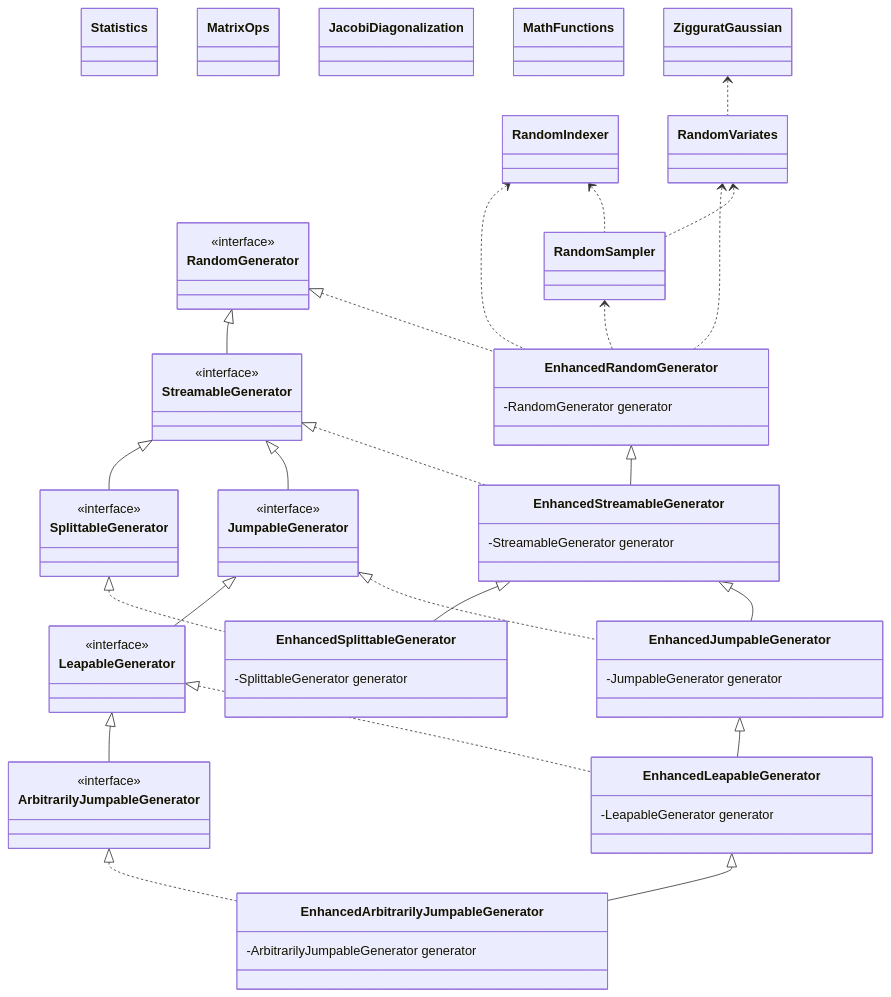
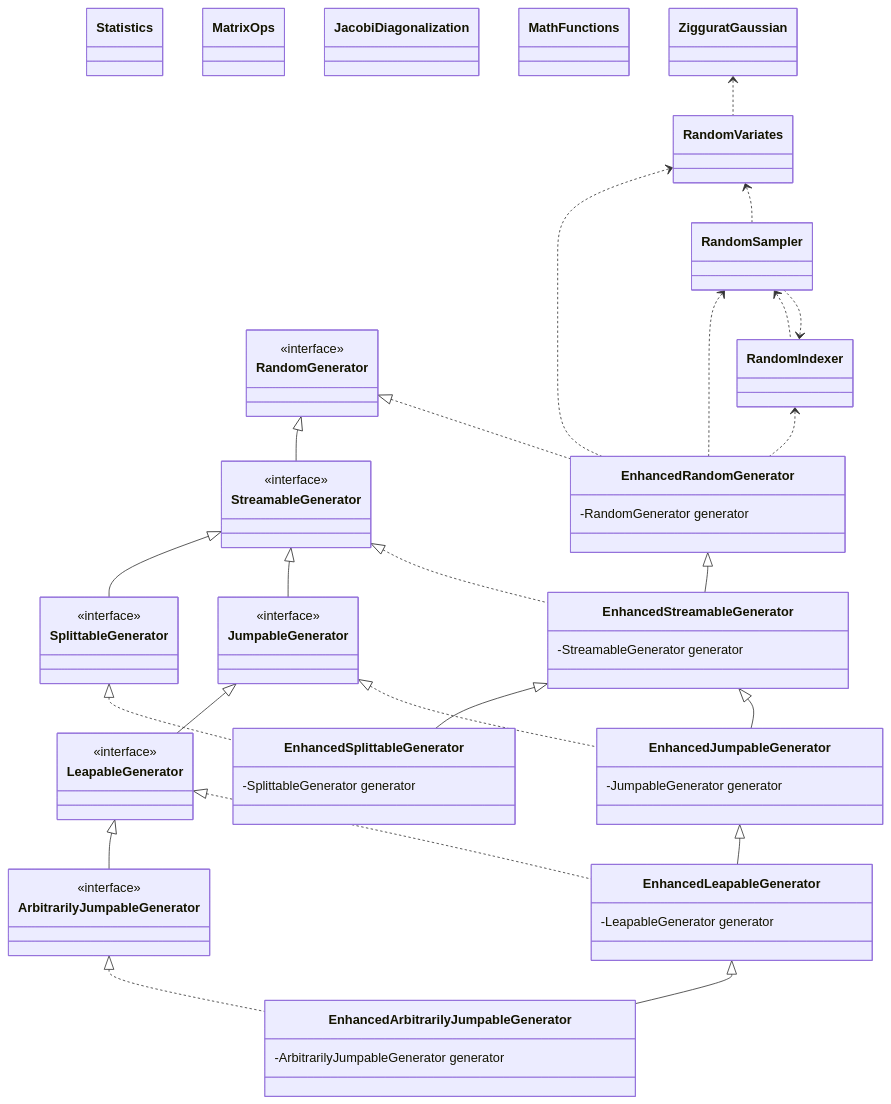
Before and after one commit to cicirello/rho-mu: the diagram in README.md, drawn with Mermaid.

Commit message:
added missing edge to UML diagram

````diff
--- a/README.md
+++ b/README.md
@@ -89,77 +89,78 @@
 ```mermaid
 classDiagram
   class Statistics
   class MatrixOps
   class JacobiDiagonalization
   class MathFunctions
   class RandomGenerator
   <<interface>> RandomGenerator
   class StreamableGenerator
   <<interface>> StreamableGenerator
   RandomGenerator <|-- StreamableGenerator
   class SplittableGenerator
   <<interface>> SplittableGenerator
   StreamableGenerator <|-- SplittableGenerator
   class JumpableGenerator
   <<interface>> JumpableGenerator
   StreamableGenerator <|-- JumpableGenerator
   class LeapableGenerator
   <<interface>> LeapableGenerator
   JumpableGenerator <|-- LeapableGenerator
   class ArbitrarilyJumpableGenerator
   <<interface>> ArbitrarilyJumpableGenerator
   LeapableGenerator <|-- ArbitrarilyJumpableGenerator
   class EnhancedRandomGenerator
   RandomGenerator <|.. EnhancedRandomGenerator
   class RandomSampler
   RandomSampler <.. EnhancedRandomGenerator
   class RandomIndexer
   RandomIndexer <.. EnhancedRandomGenerator
   RandomIndexer <.. RandomSampler
+  RandomSampler <.. RandomIndexer
   class RandomVariates
   RandomVariates <.. EnhancedRandomGenerator
   RandomVariates <.. RandomSampler
   EnhancedRandomGenerator : -RandomGenerator generator
   class ZigguratGaussian
   ZigguratGaussian <.. RandomVariates
   class EnhancedStreamableGenerator
   EnhancedRandomGenerator <|-- EnhancedStreamableGenerator
   StreamableGenerator <|.. EnhancedStreamableGenerator
   EnhancedStreamableGenerator : -StreamableGenerator generator
   class EnhancedSplittableGenerator
   EnhancedStreamableGenerator <|-- EnhancedSplittableGenerator
   SplittableGenerator <|.. EnhancedSplittableGenerator
   EnhancedSplittableGenerator : -SplittableGenerator generator
   class EnhancedJumpableGenerator
   EnhancedStreamableGenerator <|-- EnhancedJumpableGenerator
   JumpableGenerator <|.. EnhancedJumpableGenerator
   EnhancedJumpableGenerator : -JumpableGenerator generator
   class EnhancedLeapableGenerator
   EnhancedJumpableGenerator <|-- EnhancedLeapableGenerator
   LeapableGenerator <|.. EnhancedLeapableGenerator
   EnhancedLeapableGenerator : -LeapableGenerator generator
   class EnhancedArbitrarilyJumpableGenerator
   EnhancedLeapableGenerator <|-- EnhancedArbitrarilyJumpableGenerator
   ArbitrarilyJumpableGenerator <|.. EnhancedArbitrarilyJumpableGenerator
   EnhancedArbitrarilyJumpableGenerator : -ArbitrarilyJumpableGenerator generator
   link RandomIndexer "https://rho-mu.cicirello.org/api/org.cicirello.rho_mu/org/cicirello/math/rand/RandomIndexer.html"
   link RandomVariates "https://rho-mu.cicirello.org/api/org.cicirello.rho_mu/org/cicirello/math/rand/RandomVariates.html"
   link RandomSampler "https://rho-mu.cicirello.org/api/org.cicirello.rho_mu/org/cicirello/math/rand/RandomSampler.html"
   link EnhancedRandomGenerator "https://rho-mu.cicirello.org/api/org.cicirello.rho_mu/org/cicirello/math/rand/EnhancedRandomGenerator.html"
   link EnhancedStreamableGenerator "https://rho-mu.cicirello.org/api/org.cicirello.rho_mu/org/cicirello/math/rand/EnhancedStreamableGenerator.html"
   link EnhancedSplittableGenerator "https://rho-mu.cicirello.org/api/org.cicirello.rho_mu/org/cicirello/math/rand/EnhancedSplittableGenerator.html"
   link EnhancedJumpableGenerator "https://rho-mu.cicirello.org/api/org.cicirello.rho_mu/org/cicirello/math/rand/EnhancedJumpableGenerator.html"
   link EnhancedLeapableGenerator "https://rho-mu.cicirello.org/api/org.cicirello.rho_mu/org/cicirello/math/rand/EnhancedLeapableGenerator.html"
   link EnhancedArbitrarilyJumpableGenerator "https://rho-mu.cicirello.org/api/org.cicirello.rho_mu/org/cicirello/math/rand/EnhancedArbitrarilyJumpableGenerator.html"
   link RandomGenerator "https://docs.oracle.com/en/java/javase/17/docs/api/java.base/java/util/random/RandomGenerator.html"
   link StreamableGenerator "https://docs.oracle.com/en/java/javase/17/docs/api/java.base/java/util/random/RandomGenerator.StreamableGenerator.html"
   link SplittableGenerator "https://docs.oracle.com/en/java/javase/17/docs/api/java.base/java/util/random/RandomGenerator.SplittableGenerator.html"
   link JumpableGenerator "https://docs.oracle.com/en/java/javase/17/docs/api/java.base/java/util/random/RandomGenerator.JumpableGenerator.html"
   link LeapableGenerator "https://docs.oracle.com/en/java/javase/17/docs/api/java.base/java/util/random/RandomGenerator.LeapableGenerator.html"
   link ArbitrarilyJumpableGenerator "https://docs.oracle.com/en/java/javase/17/docs/api/java.base/java/util/random/RandomGenerator.ArbitrarilyJumpableGenerator.html"
   link ZigguratGaussian "https://rho-mu.cicirello.org/api/org.cicirello.rho_mu/org/cicirello/math/rand/ZigguratGaussian.html"
   link MathFunctions "https://rho-mu.cicirello.org/api/org.cicirello.rho_mu/org/cicirello/math/MathFunctions.html"
   link Statistics "https://rho-mu.cicirello.org/api/org.cicirello.rho_mu/org/cicirello/math/stats/Statistics.html"
   link MatrixOps "https://rho-mu.cicirello.org/api/org.cicirello.rho_mu/org/cicirello/math/la/MatrixOps.html"
   link JacobiDiagonalization "https://rho-mu.cicirello.org/api/org.cicirello.rho_mu/org/cicirello/math/la/JacobiDiagonalization.html"
 ```
````
